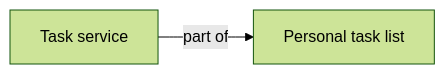
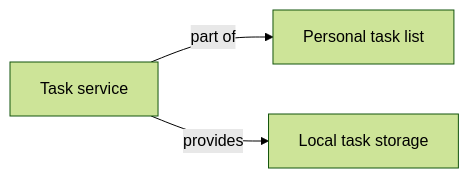
The diagram in examples/todo/specification/components/task-service/task-service.component.spec-report.md (craigsmitham/dotspec), drawn with Mermaid (forest theme) before and after one commit. The commit also changed other lines of this file and 130 other files, not shown here.

````diff
--- a/examples/todo/specification/components/task-service/task-service.component.spec-report.md
+++ b/examples/todo/specification/components/task-service/task-service.component.spec-report.md
@@ -31,6 +31,8 @@
 ```mermaid
 flowchart LR
     n0["Task service"]
     n1["Personal task list"]
     n0 -->|part of| n1
+    n2["Local task storage"]
+    n0 -->|provides| n2
 ```
````
